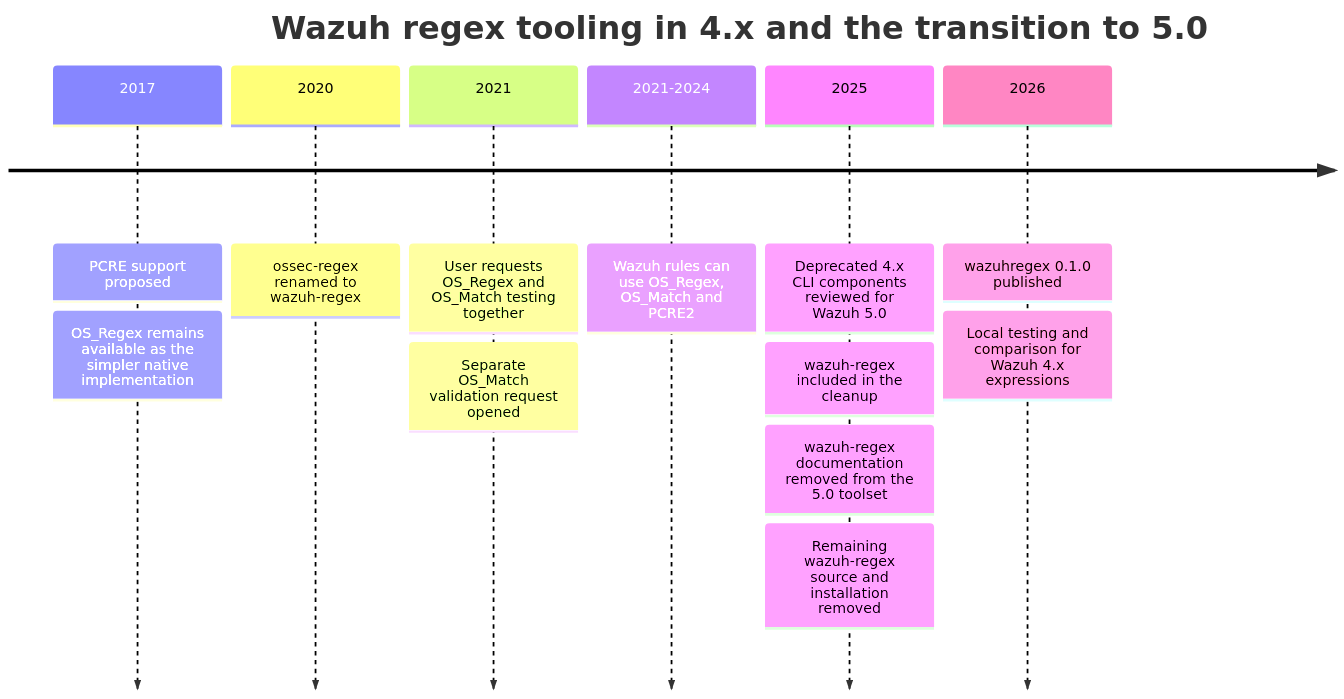
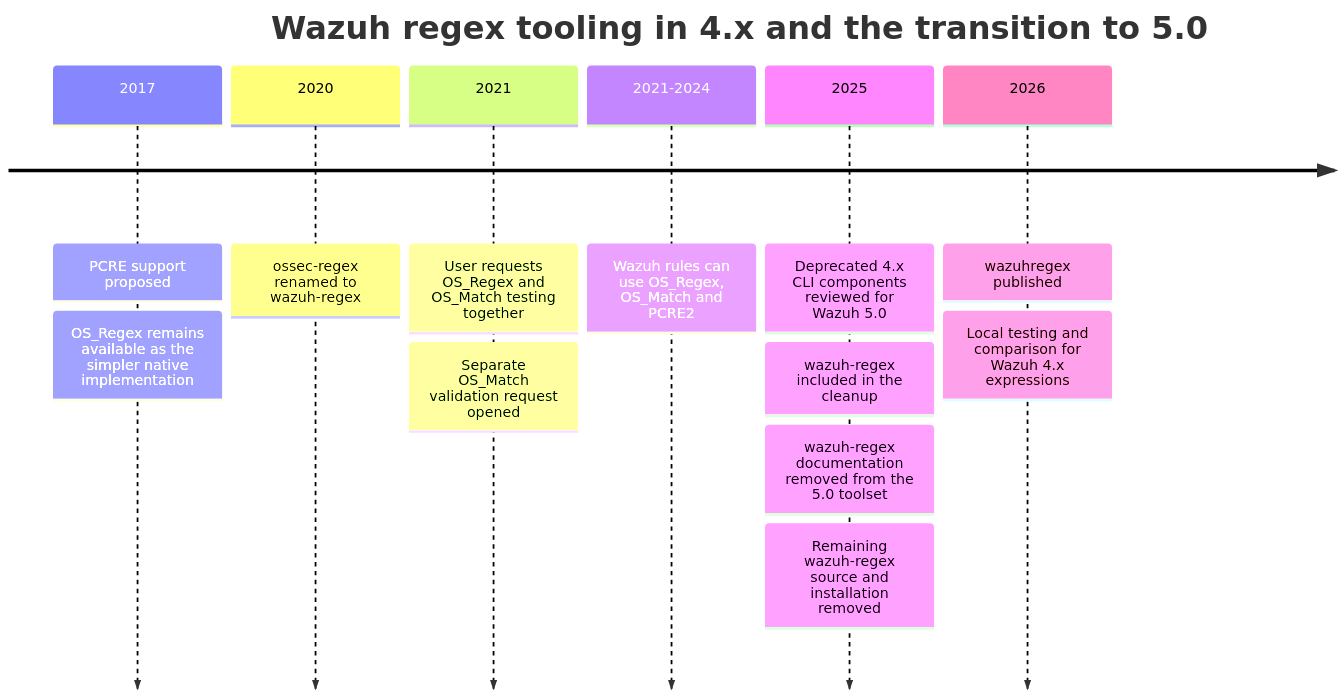
One commit to zbalkan/zbalkan.github.io changed the diagram in _posts/2026-09-03-wazuhregex.md. Above: the diagram before and after it, drawn with Mermaid. The commit also changed other lines of this file, not shown here.

Commit message:
Version fix

````diff
--- a/_posts/2026-09-03-wazuhregex.md
+++ b/_posts/2026-09-03-wazuhregex.md
@@ -30,22 +30,22 @@
 ```mermaid
 timeline
     title Wazuh regex tooling in 4.x and the transition to 5.0
 
     2017 : PCRE support proposed
          : OS_Regex remains available as the simpler native implementation
 
     2020 : ossec-regex renamed to wazuh-regex
 
     2021 : User requests OS_Regex and OS_Match testing together
          : Separate OS_Match validation request opened
 
     2021-2024 : Wazuh rules can use OS_Regex, OS_Match and PCRE2
 
     2025 : Deprecated 4.x CLI components reviewed for Wazuh 5.0
          : wazuh-regex included in the cleanup
          : wazuh-regex documentation removed from the 5.0 toolset
          : Remaining wazuh-regex source and installation removed
 
-    2026 : wazuhregex 0.1.0 published
+    2026 : wazuhregex published
          : Local testing and comparison for Wazuh 4.x expressions
 ```
````
